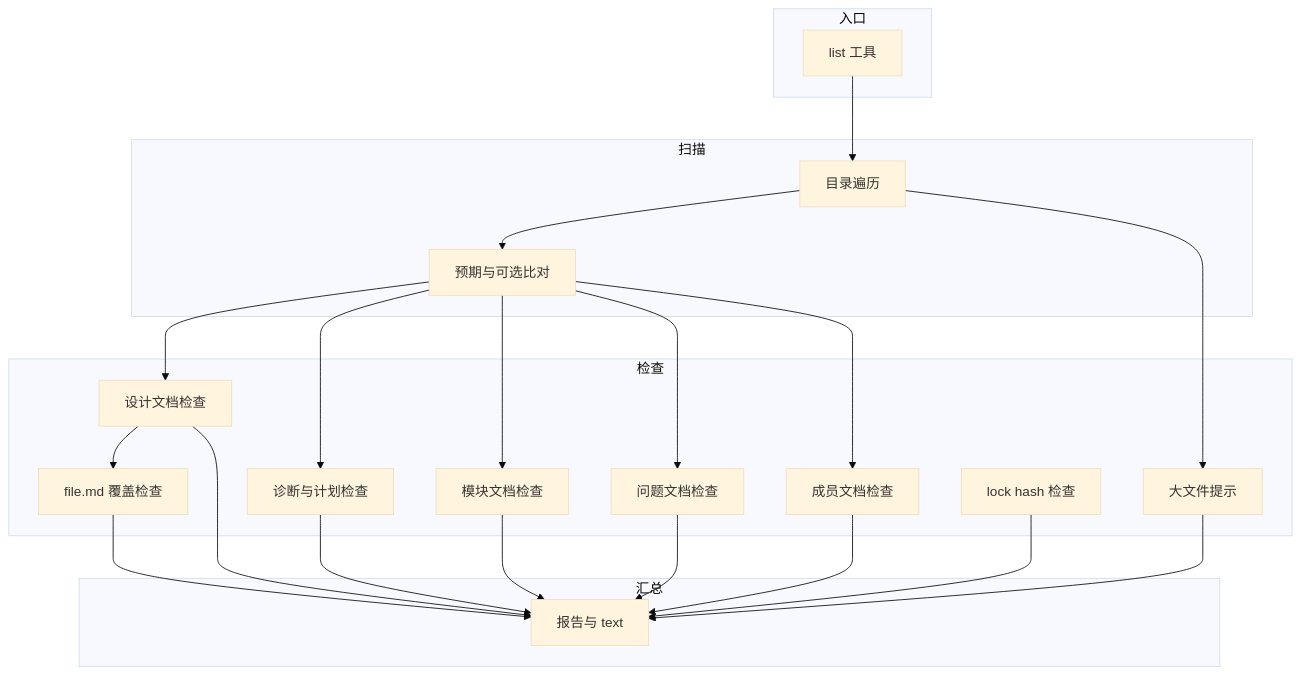
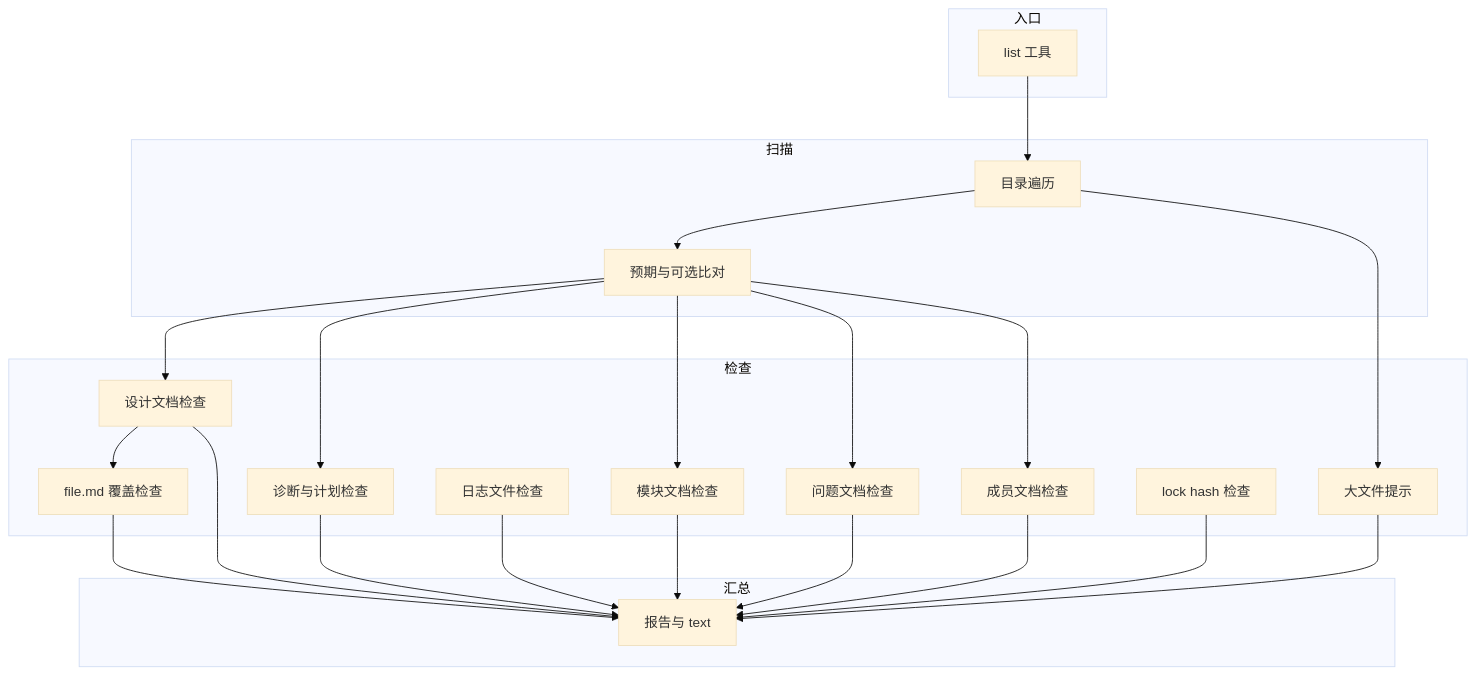
Before and after one commit to Cangjier/coder: the first of 4 diagrams in .coder/design/module-0001.md, drawn with Mermaid (base theme). The commit also changed other lines of this file and 20 other files, not shown here.

````diff
--- a/.coder/design/module-0001.md
+++ b/.coder/design/module-0001.md
@@ -4,40 +4,42 @@
 ```mermaid
 flowchart TB
   subgraph 入口
     list["list 工具"]
   end
   subgraph 扫描
     walk["目录遍历"]
     expected["预期与可选比对"]
   end
   subgraph 检查
     design["设计文档检查"]
     diagnosis["诊断与计划检查"]
     module["模块文档检查"]
     issue["问题文档检查"]
+    log["日志文件检查"]
     member["成员文档检查"]
     coverage["file.md 覆盖检查"]
     hint["大文件提示"]
     lock["lock hash 检查"]
   end
   subgraph 汇总
     report["报告与 text"]
   end
   list --> walk
   walk --> expected
   expected --> design
   expected --> diagnosis
   expected --> module
   expected --> issue
   expected --> member
   walk --> hint
   design --> coverage
   design --> report
   diagnosis --> report
   module --> report
   issue --> report
+  log --> report
   member --> report
   coverage --> report
   hint --> report
   lock --> report
 ```
````
